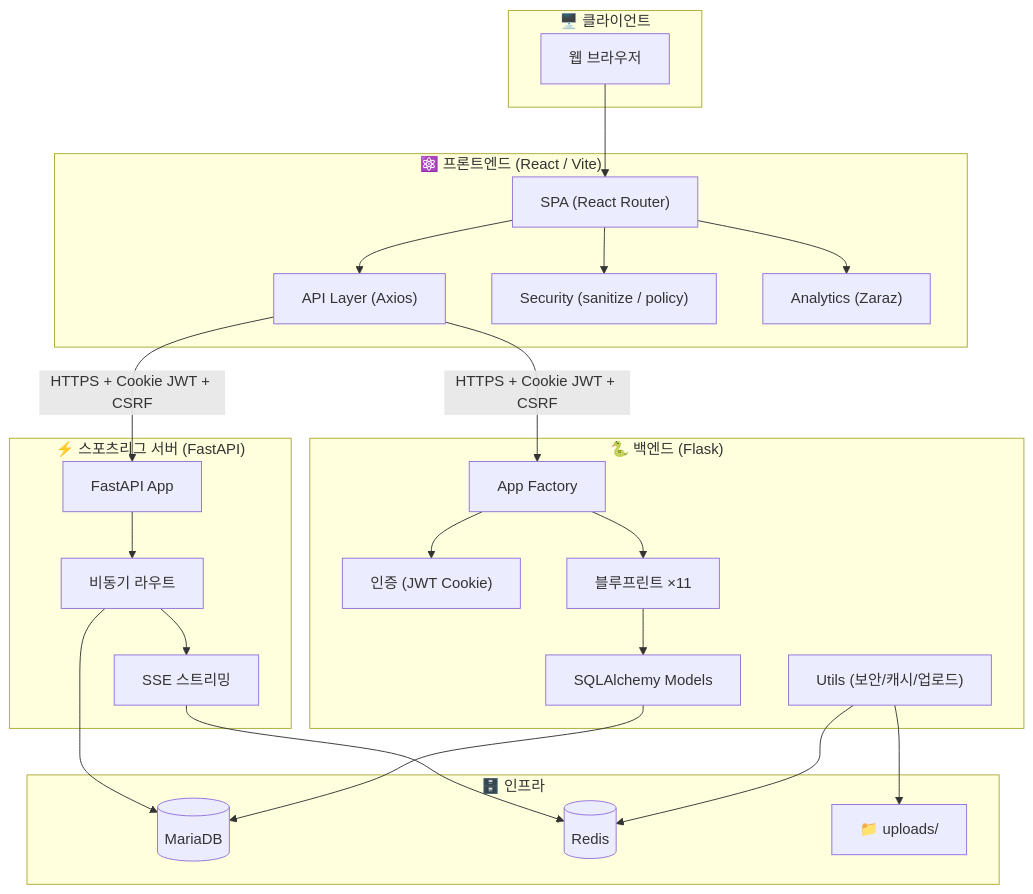
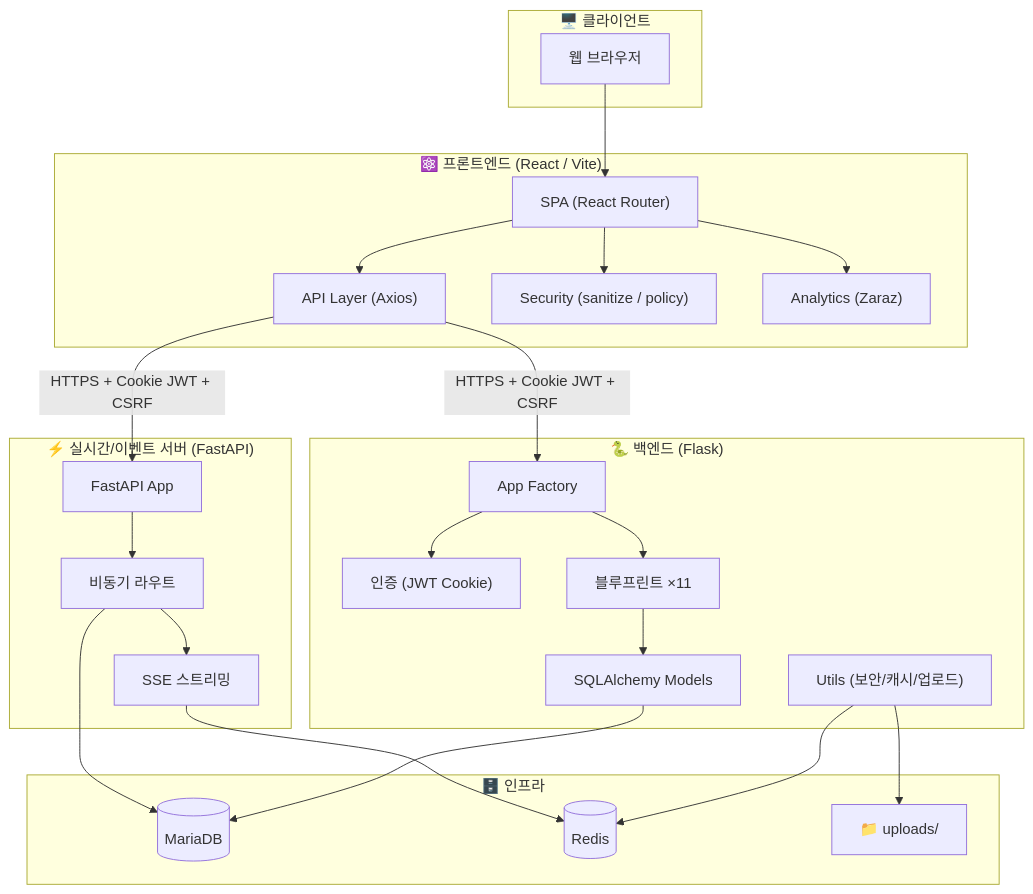
One commit to hanjm-github/beomseo.in changed the diagram in README.md. Above: the diagram before and after it, drawn with Mermaid. The commit also changed other lines of this file and 43 other files, not shown here.

````diff
--- a/README.md
+++ b/README.md
@@ -160,50 +161,50 @@
 ```mermaid
 flowchart TB
     subgraph Client["🖥️ 클라이언트"]
         Browser["웹 브라우저"]
     end
 
     subgraph Frontend["⚛️ 프론트엔드 (React / Vite)"]
         SPA["SPA (React Router)"]
         API_Layer["API Layer (Axios)"]
         Security["Security (sanitize / policy)"]
         Analytics["Analytics (Zaraz)"]
     end
 
     subgraph Backend["🐍 백엔드 (Flask)"]
         App["App Factory"]
         Auth["인증 (JWT Cookie)"]
         Routes["블루프린트 ×11"]
         Models["SQLAlchemy Models"]
         Utils["Utils (보안/캐시/업로드)"]
     end
 
-    subgraph FastAPIServer["⚡ 스포츠리그 서버 (FastAPI)"]
+    subgraph FastAPIServer["⚡ 실시간/이벤트 서버 (FastAPI)"]
         FastApp["FastAPI App"]
         AsyncRoutes["비동기 라우트"]
         SSE["SSE 스트리밍"]
     end
 
     subgraph Infra["🗄️ 인프라"]
         MariaDB[("MariaDB")]
         Redis[("Redis")]
         Uploads["📁 uploads/"]
     end
 
     Browser --> SPA
     SPA --> API_Layer
     API_Layer -->|"HTTPS + Cookie JWT + CSRF"| App
     API_Layer -->|"HTTPS + Cookie JWT + CSRF"| FastApp
     App --> Auth
     App --> Routes
     Routes --> Models
     FastApp --> AsyncRoutes
     AsyncRoutes --> SSE
     Models --> MariaDB
     AsyncRoutes --> MariaDB
     Utils --> Redis
     Utils --> Uploads
     SSE --> Redis
     SPA --> Security
     SPA --> Analytics
 ```
````
